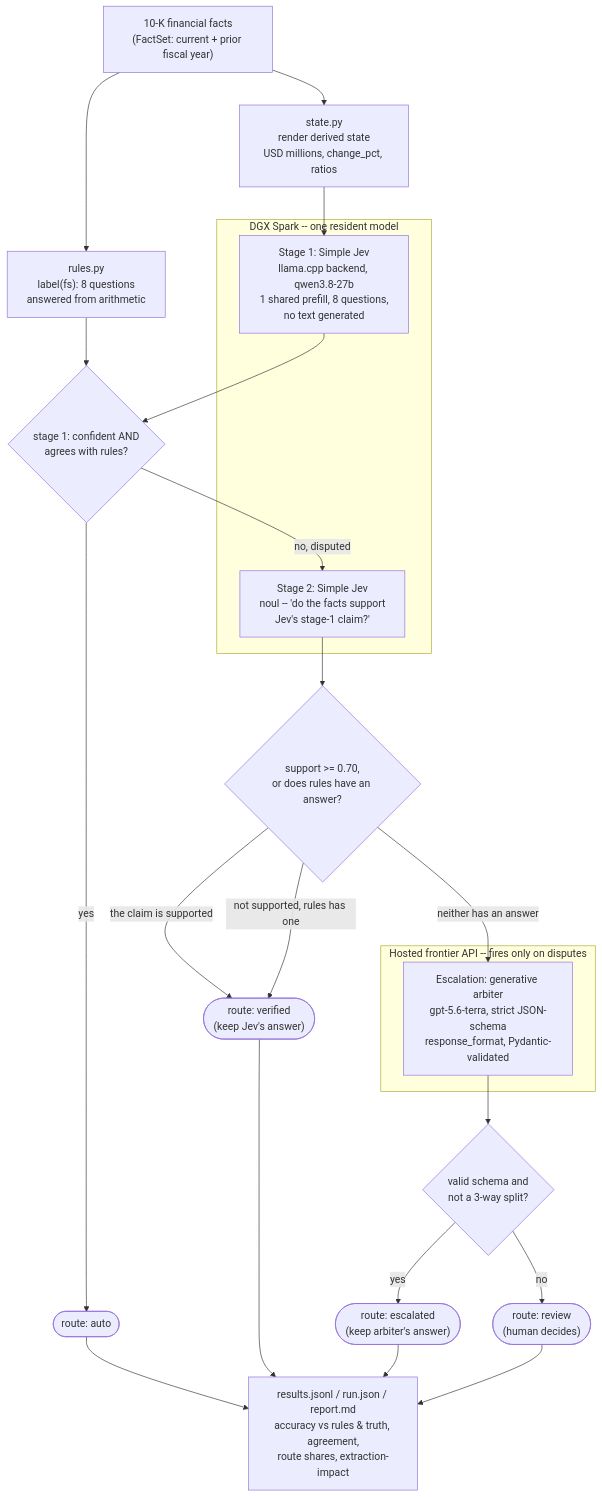
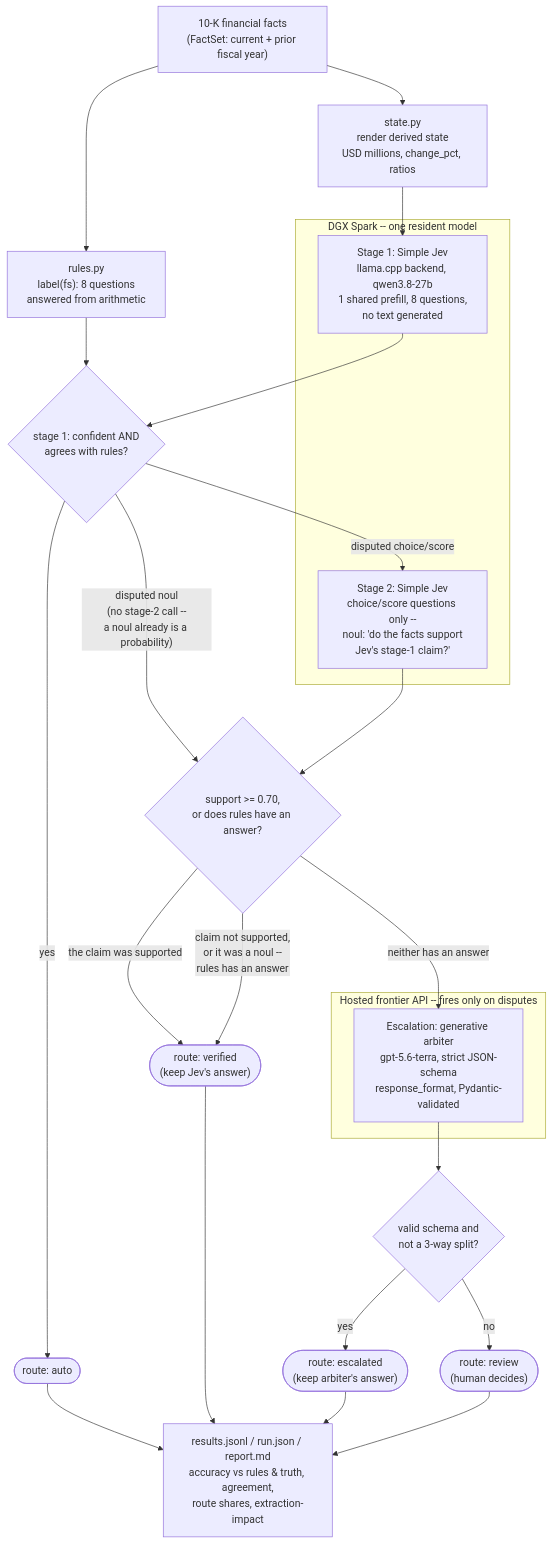
Before and after one commit to skiingfalcon/investment-signal-classifier: the diagram in README.md, drawn with Mermaid. The commit also changed other lines of this file, not shown here.

Commit message:
Fix README: disputed noul questions skip the stage-2 Jev call
The diagram and prose both implied stage 2's "does the facts support the
claim" re-ask runs for every disputed question. It doesn't:
questions.verify_questions() explicitly skips Noul-type questions
(ocf_covers_net_income, eps_increased) because a noul answer already is a
probability, with no separate claim text to test support for. A disputed
noul goes straight to policy.decide_stage2's fallback -- accept the rule
engine's answer if it has one, otherwise escalate -- at zero extra Jev
calls, unlike a disputed choice/score question, which costs exactly one.

````diff
--- a/README.md
+++ b/README.md
@@ -20,34 +20,35 @@
 ```mermaid
 flowchart TD
     A["10-K financial facts<br/>(FactSet: current + prior fiscal year)"] --> B["state.py<br/>render derived state<br/>USD millions, change_pct, ratios"]
     A --> D["rules.py<br/>label(fs): 8 questions<br/>answered from arithmetic"]
 
     subgraph Spark["DGX Spark -- one resident model"]
         C["Stage 1: Simple Jev<br/>llama.cpp backend, qwen3.8-27b<br/>1 shared prefill, 8 questions,<br/>no text generated"]
-        G["Stage 2: Simple Jev<br/>noul -- 'do the facts support<br/>Jev's stage-1 claim?'"]
+        G["Stage 2: Simple Jev<br/>choice/score questions only --<br/>noul: 'do the facts support<br/>Jev's stage-1 claim?'"]
     end
 
     B --> C
     C --> E{"stage 1: confident AND<br/>agrees with rules?"}
     D --> E
     E -->|yes| F1(["route: auto"])
-    E -->|no, disputed| G
+    E -->|disputed choice/score| G
+    E -->|"disputed noul<br/>(no stage-2 call --<br/>a noul already is a probability)"| H
 
     G --> H{"support &gt;= 0.70,<br/>or does rules have an answer?"}
-    H -->|the claim is supported| F2(["route: verified<br/>(keep Jev's answer)"])
-    H -->|not supported, rules has one| F2
+    H -->|"the claim was supported"| F2(["route: verified<br/>(keep Jev's answer)"])
+    H -->|"claim not supported,<br/>or it was a noul --<br/>rules has an answer"| F2
     H -->|neither has an answer| I
 
     subgraph Hosted["Hosted frontier API -- fires only on disputes"]
         I["Escalation: generative arbiter<br/>gpt-5.6-terra, strict JSON-schema<br/>response_format, Pydantic-validated"]
     end
 
     I --> J{"valid schema and<br/>not a 3-way split?"}
     J -->|yes| F3(["route: escalated<br/>(keep arbiter's answer)"])
     J -->|no| F4(["route: review<br/>(human decides)"])
 
     F1 --> K["results.jsonl / run.json / report.md<br/>accuracy vs rules &amp; truth, agreement,<br/>route shares, extraction-impact"]
     F2 --> K
     F3 --> K
     F4 --> K
 ```
````
